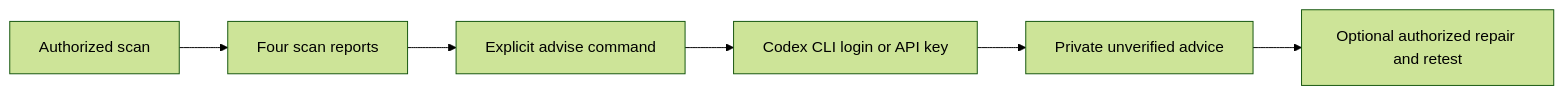
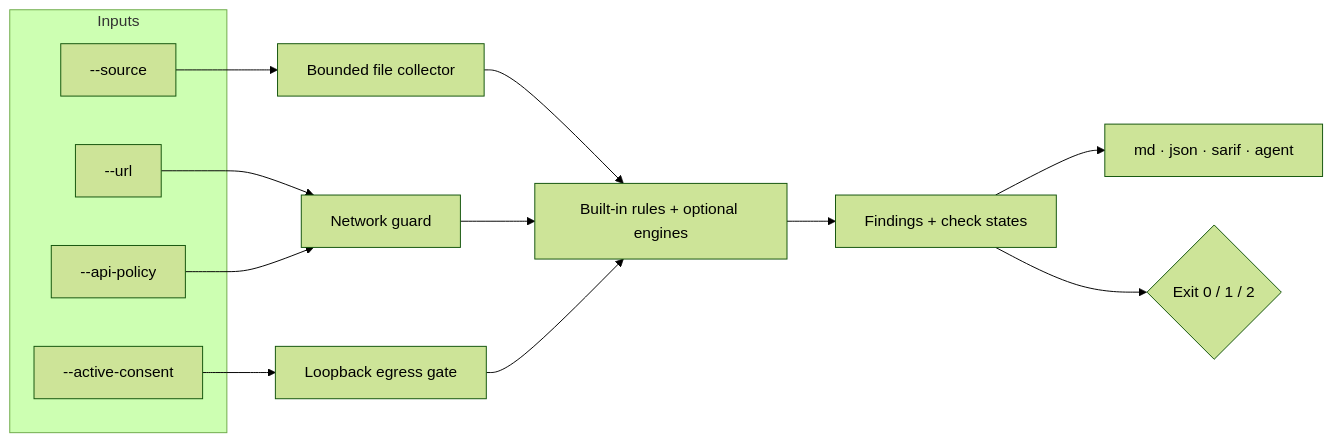
The diagram in README.md (dusen0528/wakeio-security-ci), drawn with Mermaid (forest theme) before and after one commit. The commit also changed other lines of this file and 1 other file, not shown here.

First line of the commit message:
docs: restructure README around usage and architecture

````diff
--- a/README.md
+++ b/README.md
@@ -304,8 +110,19 @@
 ```mermaid
 flowchart LR
-  A[Authorized scan] --> B[Four scan reports]
-  B --> C[Explicit advise command]
-  C --> D[Codex CLI login or API key]
-  D --> E[Private unverified advice]
-  E --> F[Optional authorized repair and retest]
+  subgraph Inputs
+    S[--source]
+    U[--url]
+    A[--api-policy]
+    D[--active-consent]
+  end
+  S --> C[Bounded file collector]
+  U --> N[Network guard]
+  A --> N
+  D --> G[Loopback egress gate]
+  C --> R[Built-in rules + optional engines]
+  N --> R
+  G --> R
+  R --> F[Findings + check states]
+  F --> O[md · json · sarif · agent]
+  F --> X{Exit 0 / 1 / 2}
 ```
````
